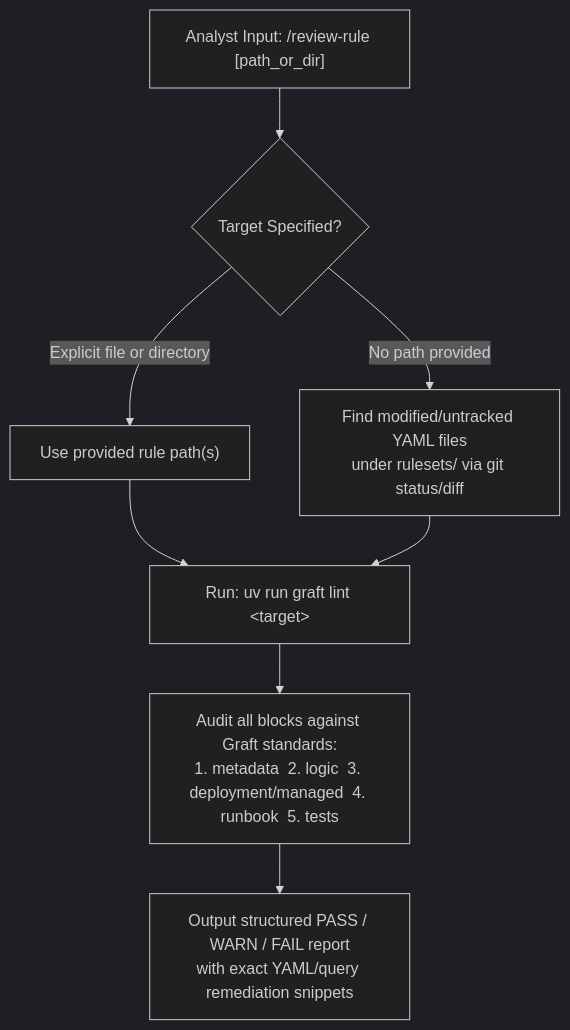
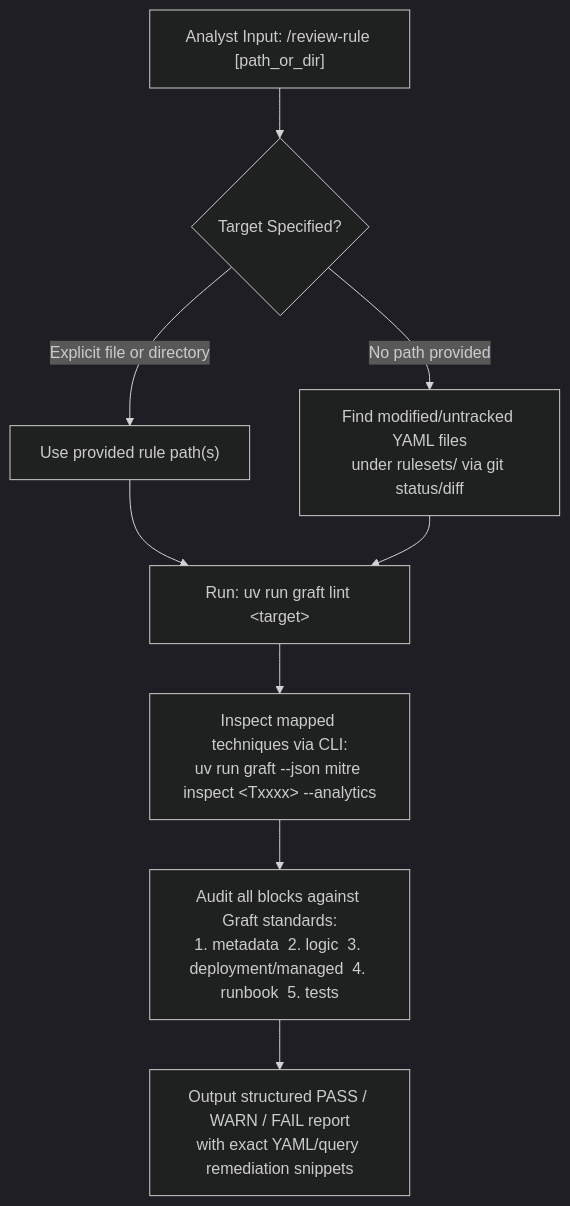
The diagram in .agents/skills/review-rule/SKILL.md (lopes/graft), drawn with Mermaid (dark theme) before and after one commit. The commit also changed other lines of this file and 32 other files, not shown here.

First line of the commit message:
core,cli,docs: add mitre v20.0 stix enrichments, gap analysis cli, an… (#43)

````diff
--- a/.agents/skills/review-rule/SKILL.md
+++ b/.agents/skills/review-rule/SKILL.md
@@ -25,10 +26,11 @@
 ```mermaid
 flowchart TD
     IN["Analyst Input: /review-rule [path_or_dir]"] --> TARGET{"Target Specified?"}
     TARGET -->|"Explicit file or directory"| USE["Use provided rule path(s)"]
     TARGET -->|"No path provided"| GIT["Find modified/untracked YAML files<br/>under rulesets/ via git status/diff"]
     USE --> LINT["Run: uv run graft lint &lt;target&gt;"]
     GIT --> LINT
-    LINT --> AUDIT["Audit all blocks against Graft standards:<br/>1. metadata  2. logic  3. deployment/managed  4. runbook  5. tests"]
+    LINT --> MITRE["Inspect mapped techniques via CLI:<br/>uv run graft --json mitre inspect &lt;Txxxx&gt; --analytics"]
+    MITRE --> AUDIT["Audit all blocks against Graft standards:<br/>1. metadata  2. logic  3. deployment/managed  4. runbook  5. tests"]
     AUDIT --> REPORT["Output structured PASS / WARN / FAIL report<br/>with exact YAML/query remediation snippets"]
 ```
````
